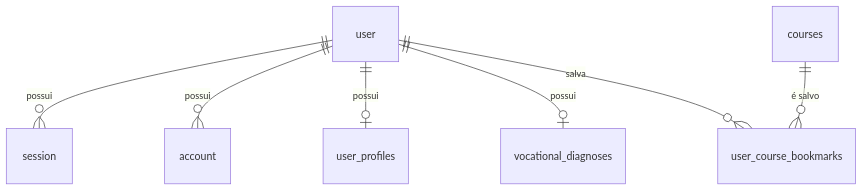
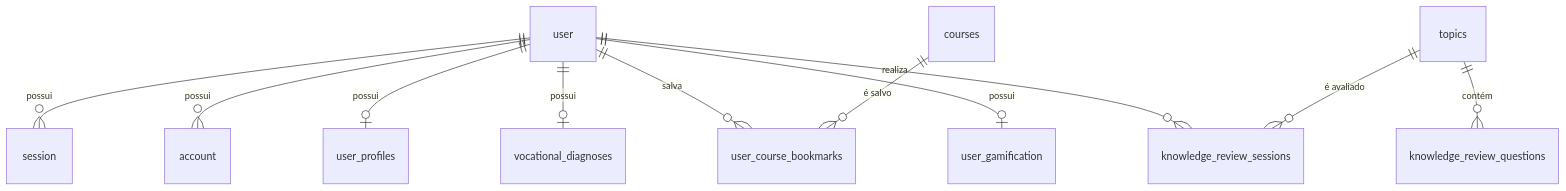
Before and after one commit to G4brielV/ConnectaDev: the diagram in docs/banco-de-dados/Modelagem_de_Dados.md, drawn with Mermaid. The commit also changed other lines of this file, not shown here.

Commit message:
docs(db): document knowledge review and gamification models

````diff
--- a/docs/banco-de-dados/Modelagem_de_Dados.md
+++ b/docs/banco-de-dados/Modelagem_de_Dados.md
@@ -41,9 +44,13 @@
 ```mermaid
 erDiagram
     user ||--o{ session : "possui"
     user ||--o{ account : "possui"
     user ||--o| user_profiles : "possui"
     user ||--o| vocational_diagnoses : "possui"
     user ||--o{ user_course_bookmarks : "salva"
     courses ||--o{ user_course_bookmarks : "é salvo"
+    user ||--o| user_gamification : "possui"
+    user ||--o{ knowledge_review_sessions : "realiza"
+    topics ||--o{ knowledge_review_questions : "contém"
+    topics ||--o{ knowledge_review_sessions : "é avaliado"
 ```
````
